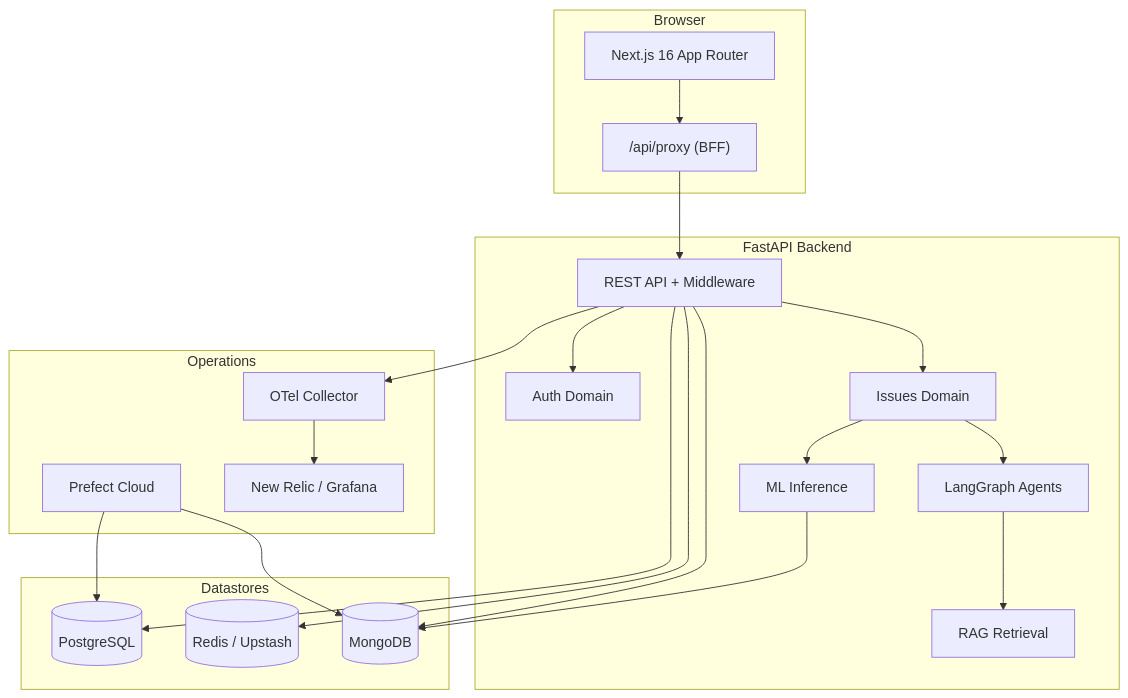
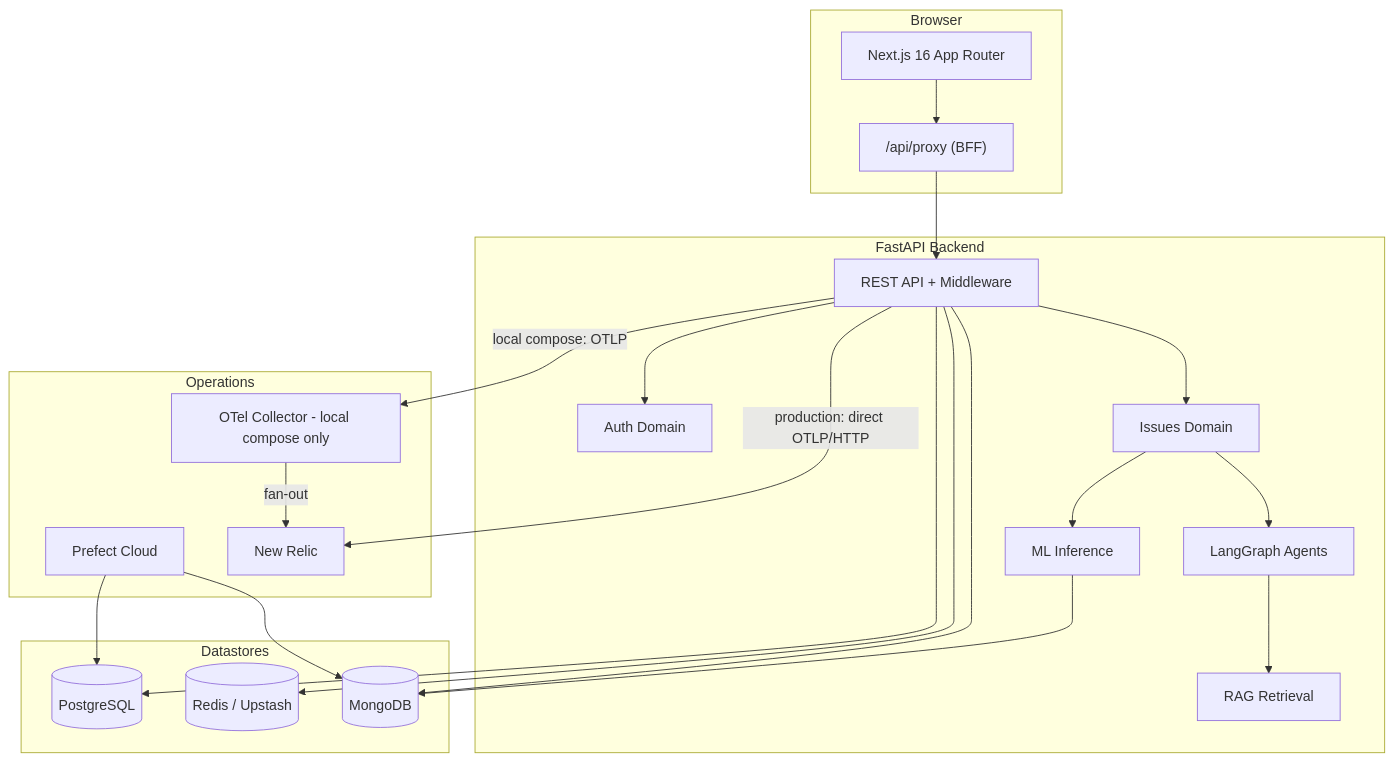
Before and after one commit to BORUTOUZUMAKI07/ai-civic-issue-monitoring: the first of 8 diagrams in README.md, drawn with Mermaid. The commit also changed other lines of this file and 12 other files, not shown here.

````diff
--- a/README.md
+++ b/README.md
@@ -25,44 +25,45 @@
 ```mermaid
 flowchart TB
     subgraph Client["Browser"]
         FE[Next.js 16 App Router]
         Proxy["/api/proxy (BFF)"]
     end
 
     subgraph Backend["FastAPI Backend"]
         API[REST API + Middleware]
         Auth[Auth Domain]
         Issues[Issues Domain]
         ML[ML Inference]
         Agents[LangGraph Agents]
         RAG[RAG Retrieval]
     end
 
     subgraph Data["Datastores"]
         PG[(PostgreSQL)]
         Redis[(Redis / Upstash)]
         Mongo[(MongoDB)]
     end
 
     subgraph Ops["Operations"]
         Prefect[Prefect Cloud]
-        OTEL[OTel Collector]
-        NR[New Relic / Grafana]
+        OTEL[OTel Collector - local compose only]
+        NR[New Relic]
     end
 
     FE --> Proxy
     Proxy --> API
     API --> Auth
     API --> Issues
     Issues --> ML
     Issues --> Agents
     Agents --> RAG
     API --> PG
     API --> Redis
     API --> Mongo
     ML --> Mongo
     Prefect --> PG
     Prefect --> Mongo
-    API --> OTEL
-    OTEL --> NR
+    API -->|production: direct OTLP/HTTP| NR
+    API -->|local compose: OTLP| OTEL
+    OTEL -->|fan-out| NR
 ```
````
